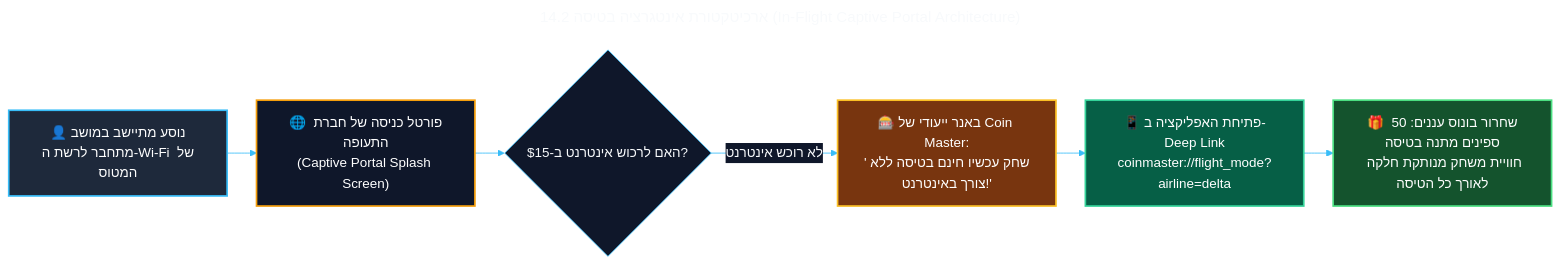
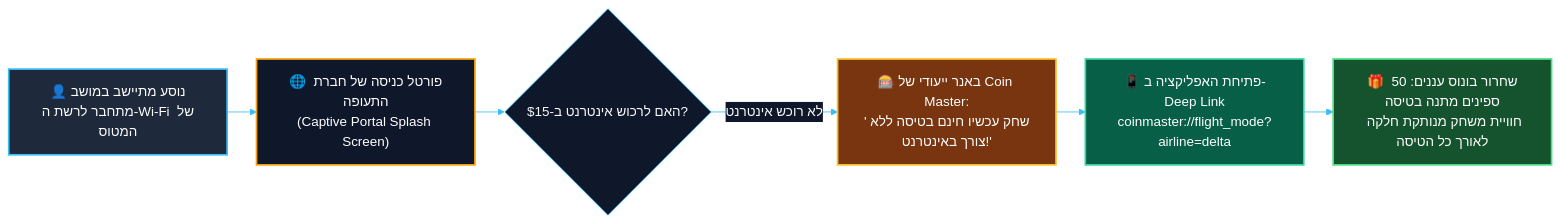
One commit to Yuvalalex/MOON-ACTIVE-MUNI-SPINE changed the diagram in prd_final_v5_CEO_chapters/14 - חזון שיתופי פעולה מסחריים (In-Flight Airline Partnerships & Zero-CAC Acquisition).md. Above: the diagram before and after it, drawn with Mermaid. The commit also changed 16 other files, not shown here.

Commit message:
docs: fix mermaid blocks in PRD docs

````diff
--- a/prd_final_v5_CEO_chapters/14 - חזון שיתופי פעולה מסחריים (In-Flight Airline Partnerships & Zero-CAC Acquisition).md
+++ b/prd_final_v5_CEO_chapters/14 - חזון שיתופי פעולה מסחריים (In-Flight Airline Partnerships & Zero-CAC Acquisition).md
@@ -33,41 +33,38 @@
 ```mermaid
----
-title: "14.2 ארכיטקטורת אינטגרציה בטיסה (In-Flight Captive Portal Architecture)"
----
 %%{init: {
   "theme": "base",
   "themeVariables": {
     "fontFamily": "Segoe UI, Assistant, sans-serif",
     "fontSize": "16px",
     "primaryColor": "#0f172a",
     "primaryTextColor": "#f8fafc",
     "primaryBorderColor": "#38bdf8",
     "lineColor": "#38bdf8",
     "secondaryColor": "#1e293b",
     "tertiaryColor": "#1e293b",
     "edgeLabelBackground": "#0f172a",
     "nodeBorder": "#38bdf8",
     "clusterBkg": "#0b1120",
     "clusterBorder": "#38bdf8"
   },
   "flowchart": { "curve": "basis", "nodeSpacing": 30, "rankSpacing": 35, "padding": 15 },
   "sequence": { "actorMargin": 30, "messageMargin": 30 },
   "state": { "nodeSpacing": 30, "rankSpacing": 35, "titleTopMargin": 15 }
 }}%%
 flowchart LR
     Passenger["👤 נוסע מתיישב במושב<br/>מתחבר לרשת ה-Wi-Fi של המטוס"] --> Portal["🌐 פורטל כניסה של חברת התעופה<br/>(Captive Portal Splash Screen)"]
     
     Portal --> Decision{"האם לרכוש אינטרנט ב-$15?"}
     
     Decision -- "לא רוכש אינטרנט" --> AdBanner["🎰 באנר ייעודי של Coin Master:<br/>'שחק עכשיו חינם בטיסה ללא צורך באינטרנט!'"]
     
     AdBanner --> LaunchApp["📱 פתיחת האפליקציה ב-Deep Link<br/>coinmaster://flight_mode?airline=delta"]
     
     LaunchApp --> LocalFlightBonus["🎁 שחרור בונוס עננים: 50 ספינים מתנה בטיסה<br/>חוויית משחק מנותקת חלקה לאורך כל הטיסה"]
 
     style Passenger fill:#1e293b,stroke:#38bdf8,stroke-width:2px,color:#fff
     style Portal fill:#0f172a,stroke:#f59e0b,stroke-width:2px,color:#fff
     style AdBanner fill:#78350f,stroke:#fbbf24,stroke-width:2px,color:#fff
     style LaunchApp fill:#065f46,stroke:#34d399,stroke-width:2px,color:#fff
     style LocalFlightBonus fill:#14532d,stroke:#4ade80,stroke-width:2px,color:#fff
 ```
````
